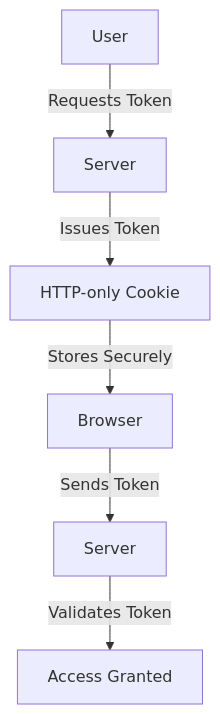
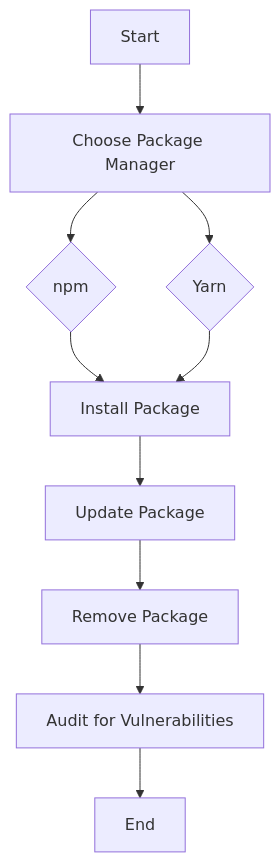
The diagram in content/patterns-js/11/5/index.md (MasteryEducation/SoftwarePatternsLexicon.com), drawn with Mermaid before and after one commit. The commit also changed other lines of this file and 570 other files, not shown here.

````diff
--- a/content/patterns-js/11/5/index.md
+++ b/content/patterns-js/11/5/index.md
@@ -93,8 +169,12 @@
 ```mermaid
 graph TD;
-    A[User] -->|Requests Token| B[Server];
-    B -->|Issues Token| C[HTTP-only Cookie];
-    C -->|Stores Securely| D[Browser];
-    D -->|Sends Token| E[Server];
-    E -->|Validates Token| F[Access Granted];
+    A[Start] --> B[Choose Package Manager];
+    B --> C{npm};
+    B --> D{Yarn};
+    C --> E[Install Package];
+    D --> E;
+    E --> F[Update Package];
+    F --> G[Remove Package];
+    G --> H[Audit for Vulnerabilities];
+    H --> I[End];
 ```
````
